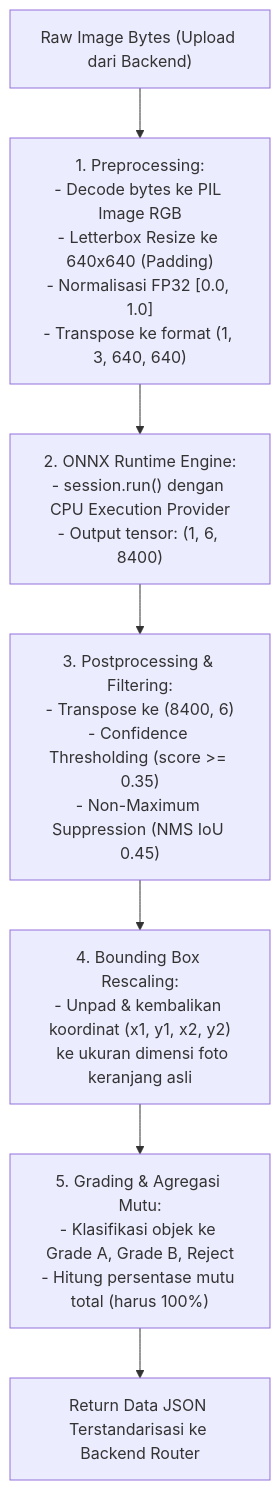
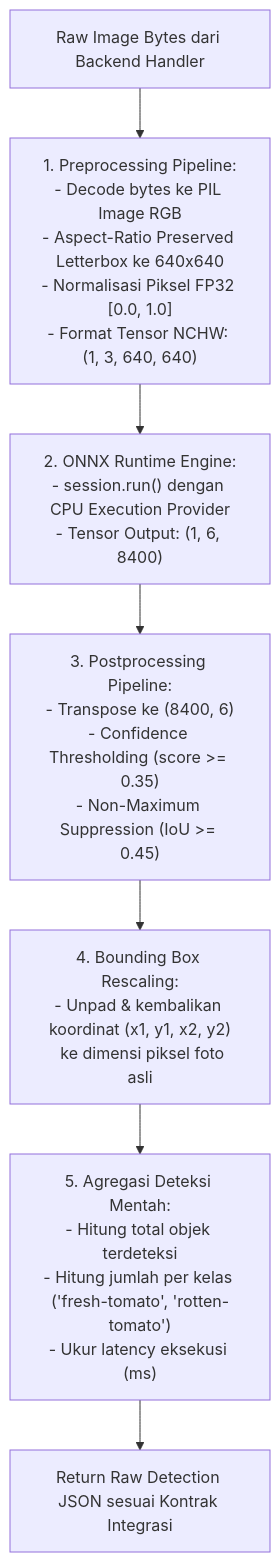
Before and after one commit to rizitakanashi-dev/steampreneur-agri-sort-ai: the first of 2 diagrams in docs/rencana-kerja-ml-engineer.md, drawn with Mermaid. The commit also changed other lines of this file and 1 other file, not shown here.

````diff
--- a/docs/rencana-kerja-ml-engineer.md
+++ b/docs/rencana-kerja-ml-engineer.md
@@ -26,9 +67,9 @@
 ```mermaid
 flowchart TD
-    A["Raw Image Bytes (Upload dari Backend)"] --> B["1. Preprocessing:<br/>- Decode bytes ke PIL Image RGB<br/>- Letterbox Resize ke 640x640 (Padding)<br/>- Normalisasi FP32 [0.0, 1.0]<br/>- Transpose ke format (1, 3, 640, 640)"]
-    B --> C["2. ONNX Runtime Engine:<br/>- session.run() dengan CPU Execution Provider<br/>- Output tensor: (1, 6, 8400)"]
-    C --> D["3. Postprocessing & Filtering:<br/>- Transpose ke (8400, 6)<br/>- Confidence Thresholding (score >= 0.35)<br/>- Non-Maximum Suppression (NMS IoU 0.45)"]
-    D --> E["4. Bounding Box Rescaling:<br/>- Unpad & kembalikan koordinat (x1, y1, x2, y2)<br/>  ke ukuran dimensi foto keranjang asli"]
-    E --> F["5. Grading & Agregasi Mutu:<br/>- Klasifikasi objek ke Grade A, Grade B, Reject<br/>- Hitung persentase mutu total (harus 100%)"]
-    F --> G["Return Data JSON Terstandarisasi ke Backend Router"]
+    A["Raw Image Bytes dari Backend Handler"] --> B["1. Preprocessing Pipeline:<br/>- Decode bytes ke PIL Image RGB<br/>- Aspect-Ratio Preserved Letterbox ke 640x640<br/>- Normalisasi Piksel FP32 [0.0, 1.0]<br/>- Format Tensor NCHW: (1, 3, 640, 640)"]
+    B --> C["2. ONNX Runtime Engine:<br/>- session.run() dengan CPU Execution Provider<br/>- Tensor Output: (1, 6, 8400)"]
+    C --> D["3. Postprocessing Pipeline:<br/>- Transpose ke (8400, 6)<br/>- Confidence Thresholding (score >= 0.35)<br/>- Non-Maximum Suppression (IoU >= 0.45)"]
+    D --> E["4. Bounding Box Rescaling:<br/>- Unpad & kembalikan koordinat (x1, y1, x2, y2)<br/>  ke dimensi piksel foto asli"]
+    E --> F["5. Agregasi Deteksi Mentah:<br/>- Hitung total objek terdeteksi<br/>- Hitung jumlah per kelas ('fresh-tomato', 'rotten-tomato')<br/>- Ukur latency eksekusi (ms)"]
+    F --> G["Return Raw Detection JSON sesuai Kontrak Integrasi"]
 ```
````
